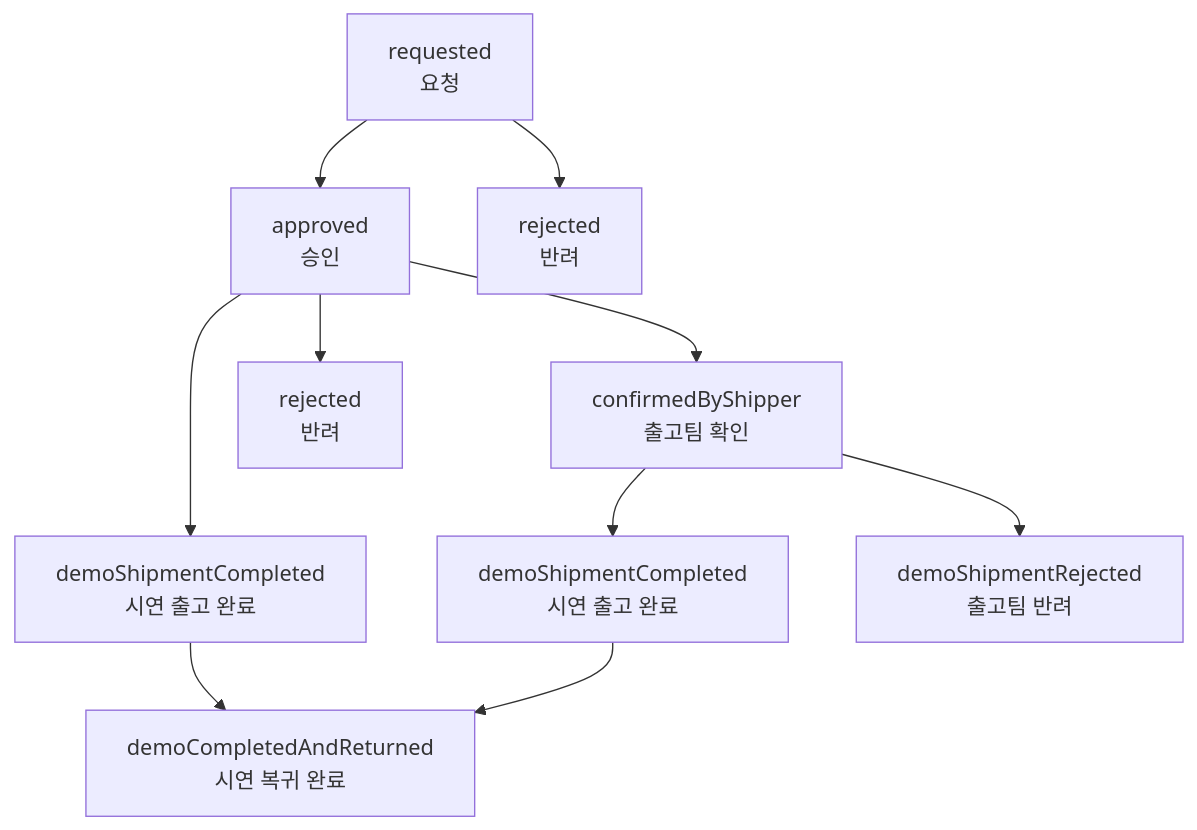
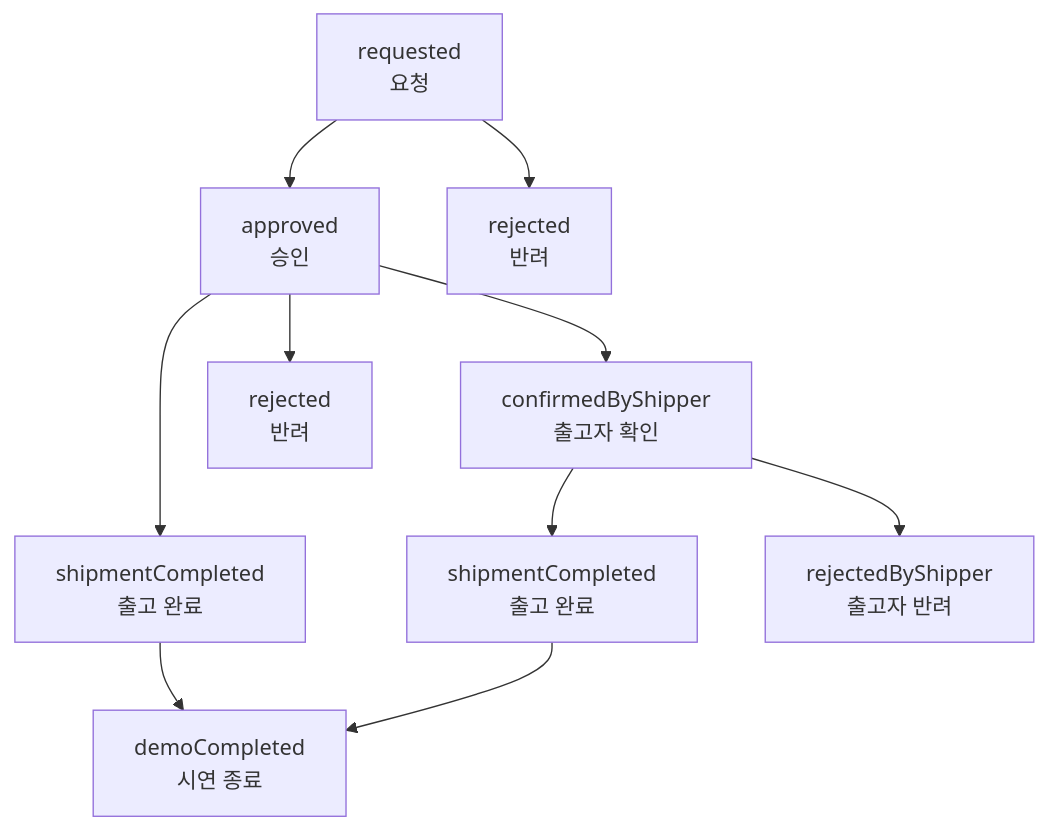
Before and after one commit to S-Soo100/Resource-Planning-System: the diagram in docs/demo-system-business-logic.md, drawn with Mermaid. The commit also changed other lines of this file and 7 other files, not shown here.

````diff
--- a/docs/demo-system-business-logic.md
+++ b/docs/demo-system-business-logic.md
@@ -29,12 +29,12 @@
 ```mermaid
 graph TD
     A[requested<br/>요청] --> B[approved<br/>승인]
     A --> C[rejected<br/>반려]
-    B --> D[confirmedByShipper<br/>출고팀 확인]
+    B --> D[confirmedByShipper<br/>출고자 확인]
     B --> E[rejected<br/>반려]
-    B --> F[demoShipmentCompleted<br/>시연 출고 완료]
-    D --> G[demoShipmentCompleted<br/>시연 출고 완료]
-    D --> H[demoShipmentRejected<br/>출고팀 반려]
-    F --> I[demoCompletedAndReturned<br/>시연 복귀 완료]
-    G --> I[demoCompletedAndReturned<br/>시연 복귀 완료]
+    B --> F[shipmentCompleted<br/>출고 완료]
+    D --> G[shipmentCompleted<br/>출고 완료]
+    D --> H[rejectedByShipper<br/>출고자 반려]
+    F --> I[demoCompleted<br/>시연 종료]
+    G --> I[demoCompleted<br/>시연 종료]
 ```
````
